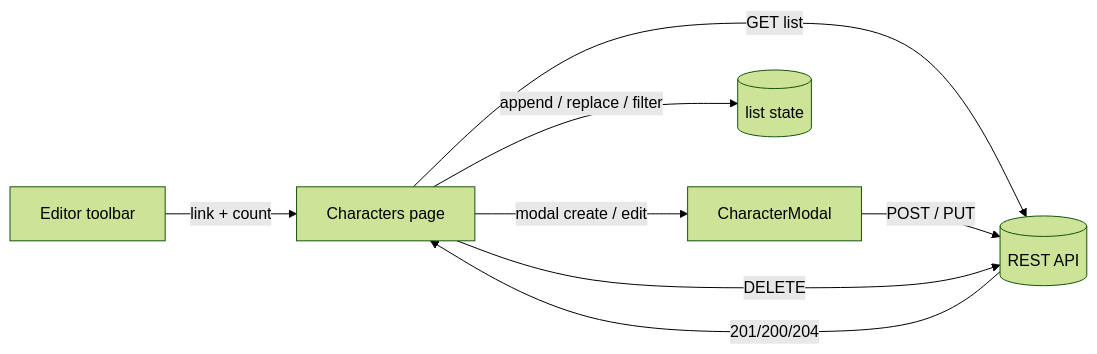
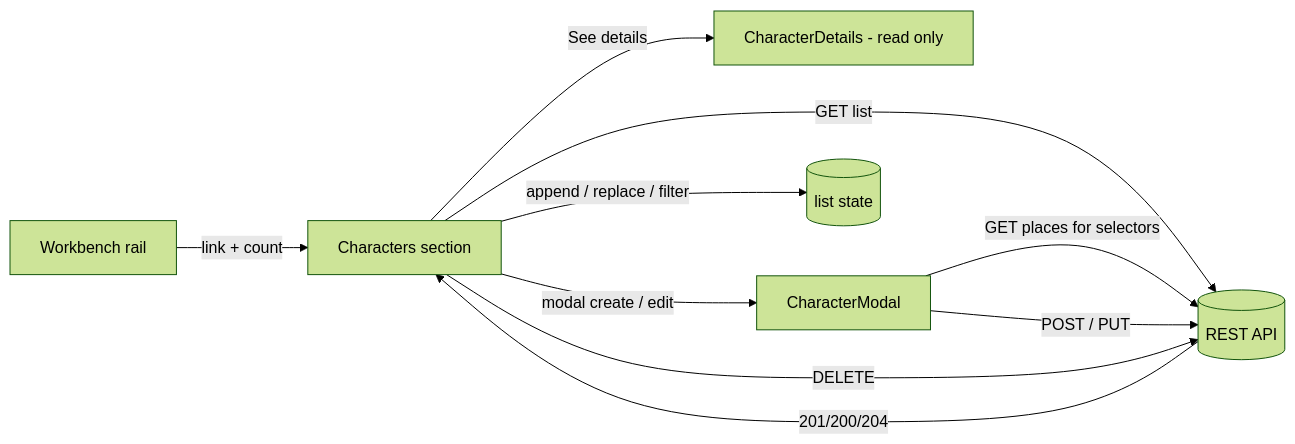
One commit to lirriya/Tvorsvit changed the second of 2 diagrams in docs/characters.md. Above: the diagram before and after it, drawn with Mermaid (forest theme). The commit also changed other lines of this file and 11 other files, not shown here.

````diff
--- a/docs/characters.md
+++ b/docs/characters.md
@@ -73,10 +80,12 @@
 ```mermaid
 flowchart LR
-    E[Editor toolbar] -->|link + count| P[Characters page]
+    R[Workbench rail] -->|link + count| P[Characters section]
     P -->|GET list| API
+    P -->|"See details"| D[CharacterDetails - read only]
     P -->|modal create / edit| M[CharacterModal]
+    M -->|GET places for selectors| API
     M -->|POST / PUT| API[(REST API)]
     P -->|DELETE| API
     API -->|201/200/204| P
     P -->|append / replace / filter| G[(list state)]
 ```
````
